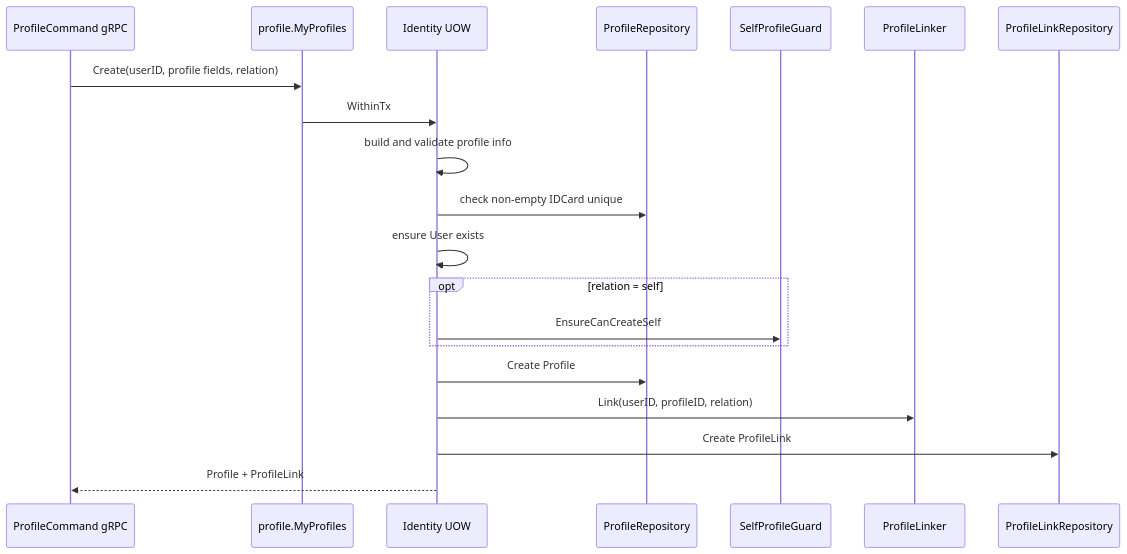
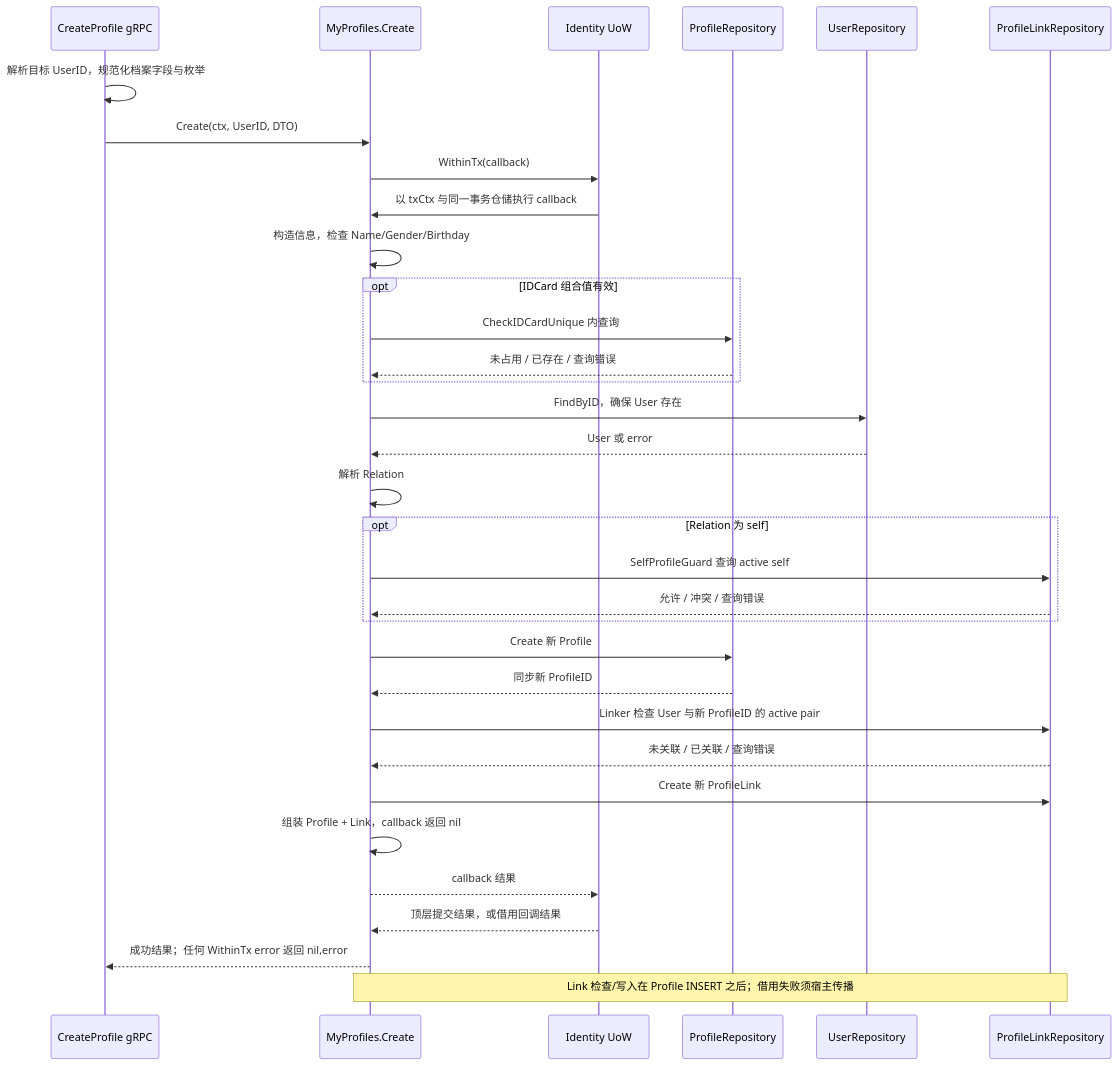
Before and after one commit to FangcunMount/iam: the second of 2 diagrams in docs/02-业务模块/01-Identity/02-关键链路-创建User与Profile.md, drawn with Mermaid. The commit also changed other lines of this file and 36 other files, not shown here.

````diff
--- a/docs/02-业务模块/01-Identity/02-关键链路-创建User与Profile.md
+++ b/docs/02-业务模块/01-Identity/02-关键链路-创建User与Profile.md
@@ -351,23 +122,36 @@
 ```mermaid
 sequenceDiagram
-    participant G as ProfileCommand gRPC
-    participant A as profile.MyProfiles
-    participant U as Identity UOW
+    participant G as CreateProfile gRPC
+    participant A as MyProfiles.Create
+    participant U as Identity UoW
     participant P as ProfileRepository
-    participant Guard as SelfProfileGuard
-    participant L as ProfileLinker
-    participant R as ProfileLinkRepository
+    participant R as UserRepository
+    participant L as ProfileLinkRepository
 
-    G->>A: Create(userID, profile fields, relation)
-    A->>U: WithinTx
-    U->>U: build and validate profile info
-    U->>P: check non-empty IDCard unique
-    U->>U: ensure User exists
-    opt relation = self
-        U->>Guard: EnsureCanCreateSelf
+    G->>G: 解析目标 UserID，规范化档案字段与枚举
+    G->>A: Create(ctx, UserID, DTO)
+    A->>U: WithinTx(callback)
+    U->>A: 以 txCtx 与同一事务仓储执行 callback
+    A->>A: 构造信息，检查 Name/Gender/Birthday
+    opt IDCard 组合值有效
+        A->>P: CheckIDCardUnique 内查询
+        P-->>A: 未占用 / 已存在 / 查询错误
     end
-    U->>P: Create Profile
-    U->>L: Link(userID, profileID, relation)
-    U->>R: Create ProfileLink
-    U-->>G: Profile + ProfileLink
+    A->>R: FindByID，确保 User 存在
+    R-->>A: User 或 error
+    A->>A: 解析 Relation
+    opt Relation 为 self
+        A->>L: SelfProfileGuard 查询 active self
+        L-->>A: 允许 / 冲突 / 查询错误
+    end
+    A->>P: Create 新 Profile
+    P-->>A: 同步新 ProfileID
+    A->>L: Linker 检查 User 与新 ProfileID 的 active pair
+    L-->>A: 未关联 / 已关联 / 查询错误
+    A->>L: Create 新 ProfileLink
+    A->>A: 组装 Profile + Link，callback 返回 nil
+    A-->>U: callback 结果
+    U-->>A: 顶层提交结果，或借用回调结果
+    A-->>G: 成功结果；任何 WithinTx error 返回 nil,error
+    Note over A,L: Link 检查/写入在 Profile INSERT 之后；借用失败须宿主传播
 ```
````
